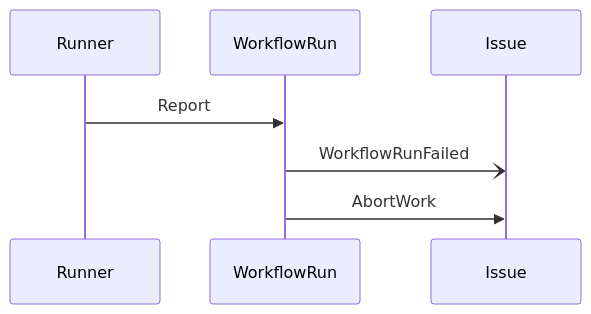
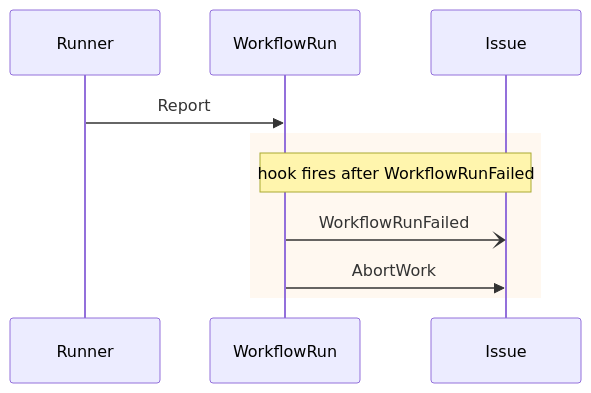
The third of 5 diagrams in design/issue-workflow-coordination.md (suraciii/mohist), drawn with Mermaid before and after one commit. The commit also changed other lines of this file, not shown here.

Commit message:
docs(coordination): highlight event-triggered command blocks with rect
The previous mermaid diagrams put the event and the triggered command
in sequence but the relationship was implicit. Wrap the event+command
pair in a colored rect with a Note that names the trigger source.

The note explicitly says 'hook fires after WorkflowRunCompleted /
Failed' to make it clear that the solid arrow into Issue is fired by
a hook, not by WorkflowRun itself. This stays within the conventions
(no new aggregate introduced) while making the event->command
relationship visible.

Different background colors for success (aliceblue) vs failure
(papayawhip) match the success/failure split in the diagram title.

````diff
--- a/design/issue-workflow-coordination.md
+++ b/design/issue-workflow-coordination.md
@@ -49,9 +52,12 @@
 ```mermaid
 sequenceDiagram
     participant Runner
     participant WorkflowRun
     participant Issue
     Runner->>WorkflowRun: Report
-    WorkflowRun-) Issue: WorkflowRunFailed
-    WorkflowRun->>Issue: AbortWork
+    rect rgb(255, 248, 240)
+        Note over WorkflowRun,Issue: hook fires after WorkflowRunFailed
+        WorkflowRun-) Issue: WorkflowRunFailed
+        WorkflowRun->>Issue: AbortWork
+    end
 ```
````
